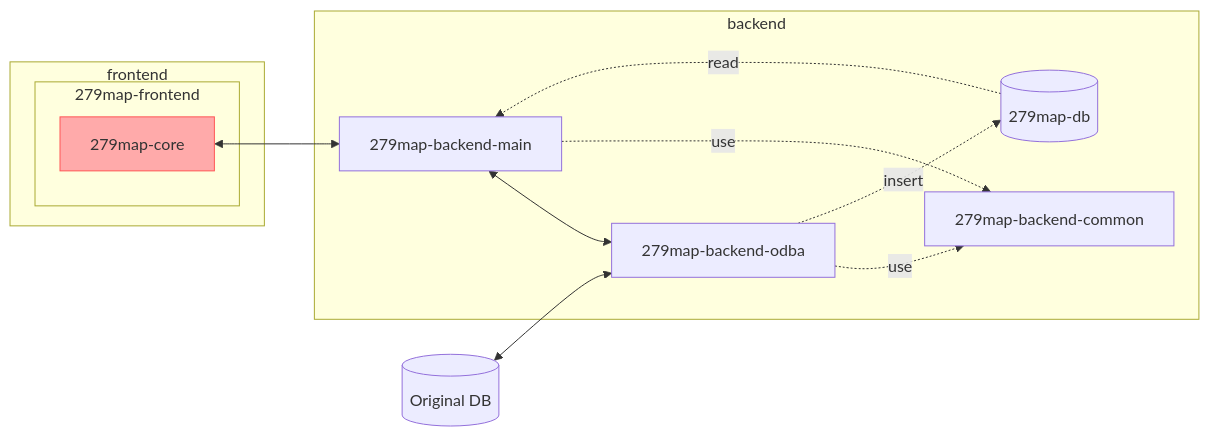
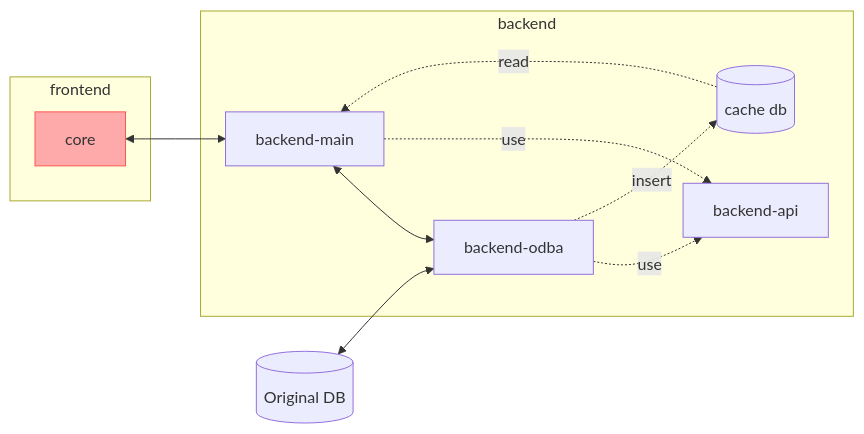
Before and after one commit to satocheeen/279map: the diagram in core/README.md, drawn with Mermaid. The commit also changed 1 other file, not shown here.

Commit message:
README更新。backend-api参照更新

````diff
--- a/core/README.md
+++ b/core/README.md
@@ -6,24 +6,22 @@
 ```mermaid
 flowchart LR
 	subgraph frontend
-		subgraph 279map-frontend
-			279map-core
-		end
+    core
 	end
 
 	subgraph backend
-		db[("279map-db")]
-		279map-backend-main
+		db[("cache db")]
+		backend-main
 
-		279map-backend-main <--> odba["279map-backend-odba"]
-		odba-."use".->279map-backend-common
-		279map-backend-main-."use".->279map-backend-common
+		backend-main <--> odba["backend-odba"]
+		odba-."use".->backend-api
+		backend-main-."use".->backend-api
 
-		db -.read.-> 279map-backend-main
+		db -.read.-> backend-main
 		odba -.insert.-> db
 	end
-	279map-core <--> 279map-backend-main
+	core <--> backend-main
 	original-db[("Original DB")] <--> odba
 
-	style 279map-core fill:#faa, stroke:#f55
+	style core fill:#faa, stroke:#f55
 ```
````
